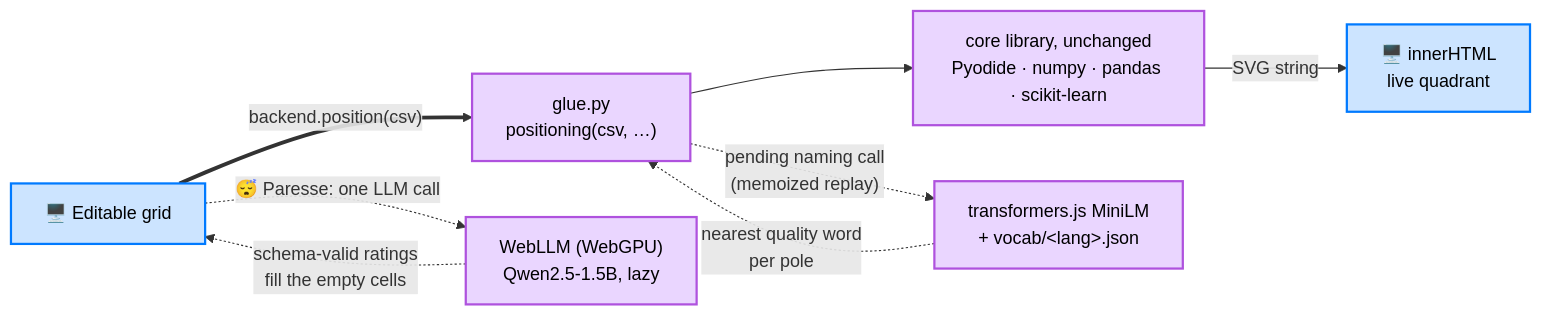
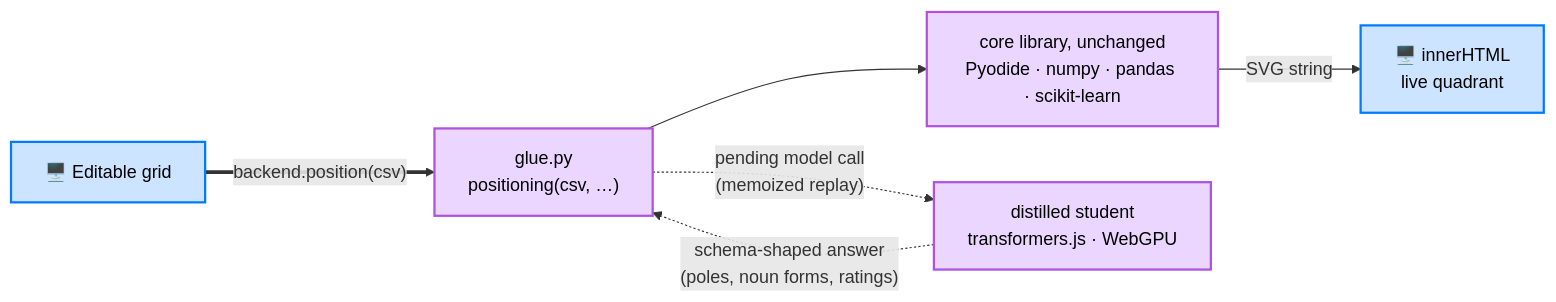
The second of 2 diagrams in GUI.md (warith-harchaoui/standpoint), drawn with Mermaid before and after one commit. The commit also changed other lines of this file and 14 other files, not shown here.

````diff
--- a/GUI.md
+++ b/GUI.md
@@ -128,16 +128,14 @@
 ```mermaid
 flowchart LR
     grid["🖥️ Editable grid"] ==>|"backend.position(csv)"| glue["glue.py<br/>positioning(csv, …)"]
     glue --> lib["core library, unchanged<br/>Pyodide · numpy · pandas · scikit-learn"]
     lib -->|"SVG string"| embed["🖥️ innerHTML<br/>live quadrant"]
-    glue -.->|"pending naming call<br/>(memoized replay)"| emb["transformers.js MiniLM<br/>+ vocab/&lt;lang&gt;.json"]
-    emb -.->|"nearest quality word<br/>per pole"| glue
-    grid -.->|"😴 Paresse: one LLM call"| llm["WebLLM (WebGPU)<br/>Qwen2.5-1.5B, lazy"]
-    llm -.->|"schema-valid ratings<br/>fill the empty cells"| grid
+    glue -.->|"pending model call<br/>(memoized replay)"| llm["distilled student<br/>transformers.js · WebGPU"]
+    llm -.->|"schema-shaped answer<br/>(poles, noun forms, ratings)"| glue
 
     %% "Good Colors" palette: https://harchaoui.org/warith/colors/
     classDef browser fill:#CCE4FF,stroke:#007AFF,color:#000000,stroke-width:2px;
     classDef wasm fill:#EAD6FF,stroke:#AF52DE,color:#000000,stroke-width:2px;
     class grid,embed browser;
-    class glue,lib,emb,llm wasm;
+    class glue,lib,llm wasm;
 ```
````
